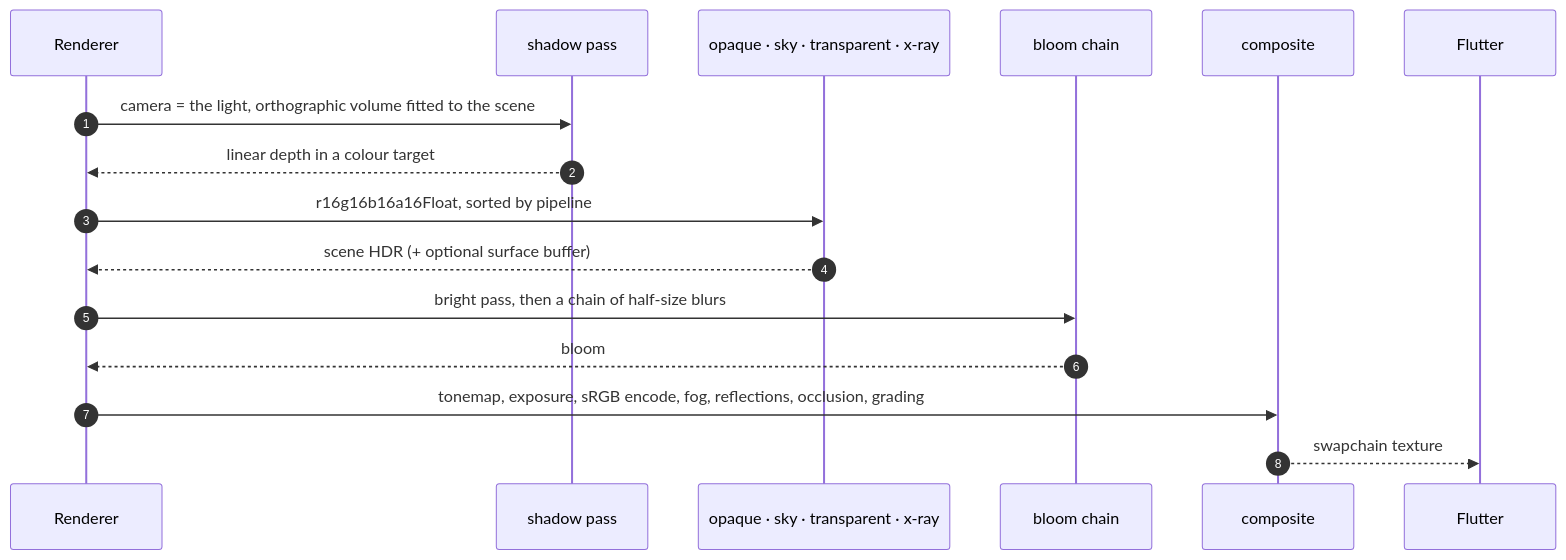
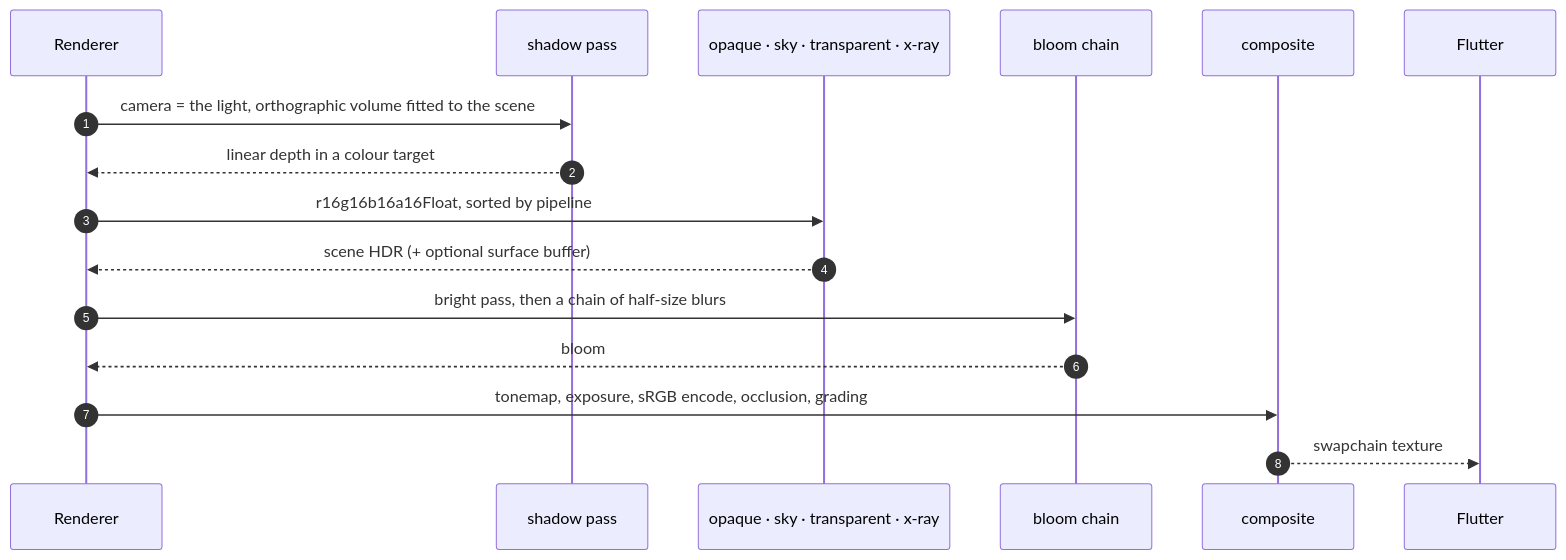
The first of 2 diagrams in site/content/core/rendering.md (pleiondev/flutter3d), drawn with Mermaid before and after one commit. The commit also changed other lines of this file and 37 other files, not shown here.

````diff
--- a/site/content/core/rendering.md
+++ b/site/content/core/rendering.md
@@ -29,19 +29,19 @@
 ```mermaid
 sequenceDiagram
     autonumber
     participant R as Renderer
     participant S as shadow pass
     participant O as opaque · sky · transparent · x-ray
     participant B as bloom chain
     participant C as composite
     participant F as Flutter
 
     R->>S: camera = the light, orthographic volume fitted to the scene
     S-->>R: linear depth in a colour target
     R->>O: r16g16b16a16Float, sorted by pipeline
     O-->>R: scene HDR (+ optional surface buffer)
     R->>B: bright pass, then a chain of half-size blurs
     B-->>R: bloom
-    R->>C: tonemap, exposure, sRGB encode, fog, reflections, occlusion, grading
+    R->>C: tonemap, exposure, sRGB encode, occlusion, grading
     C-->>F: swapchain texture
 ```
````
